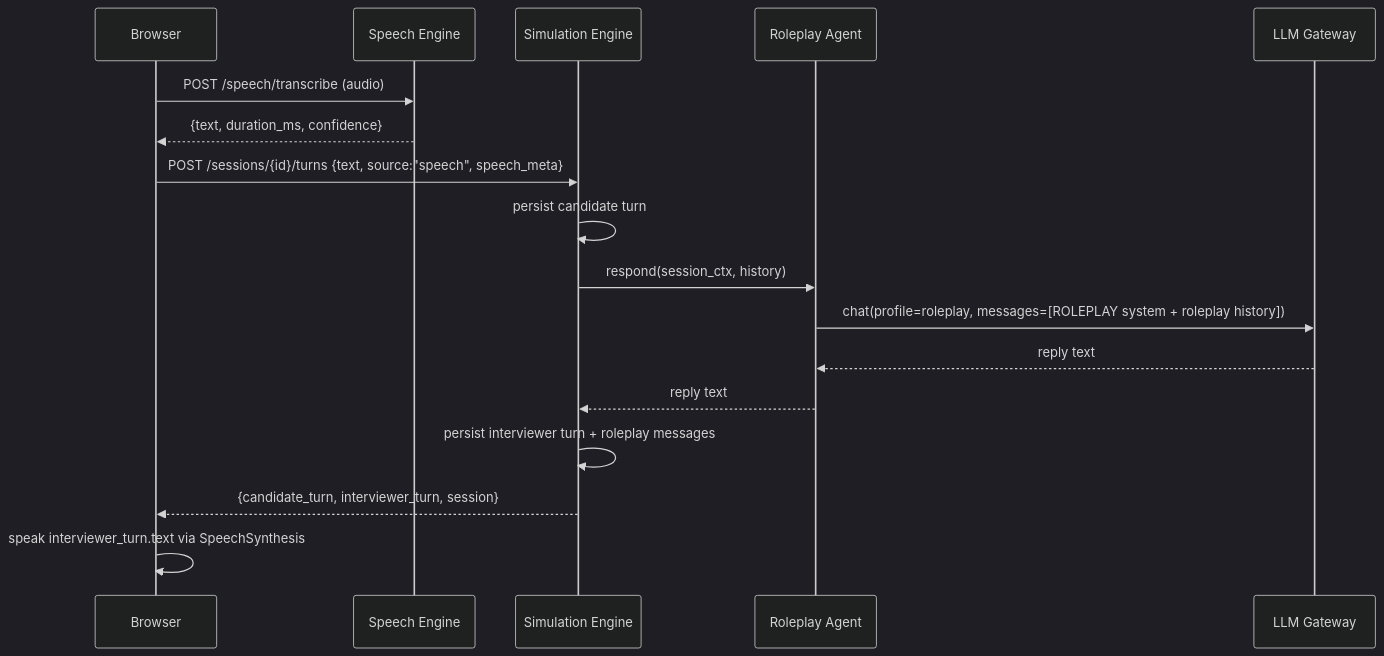
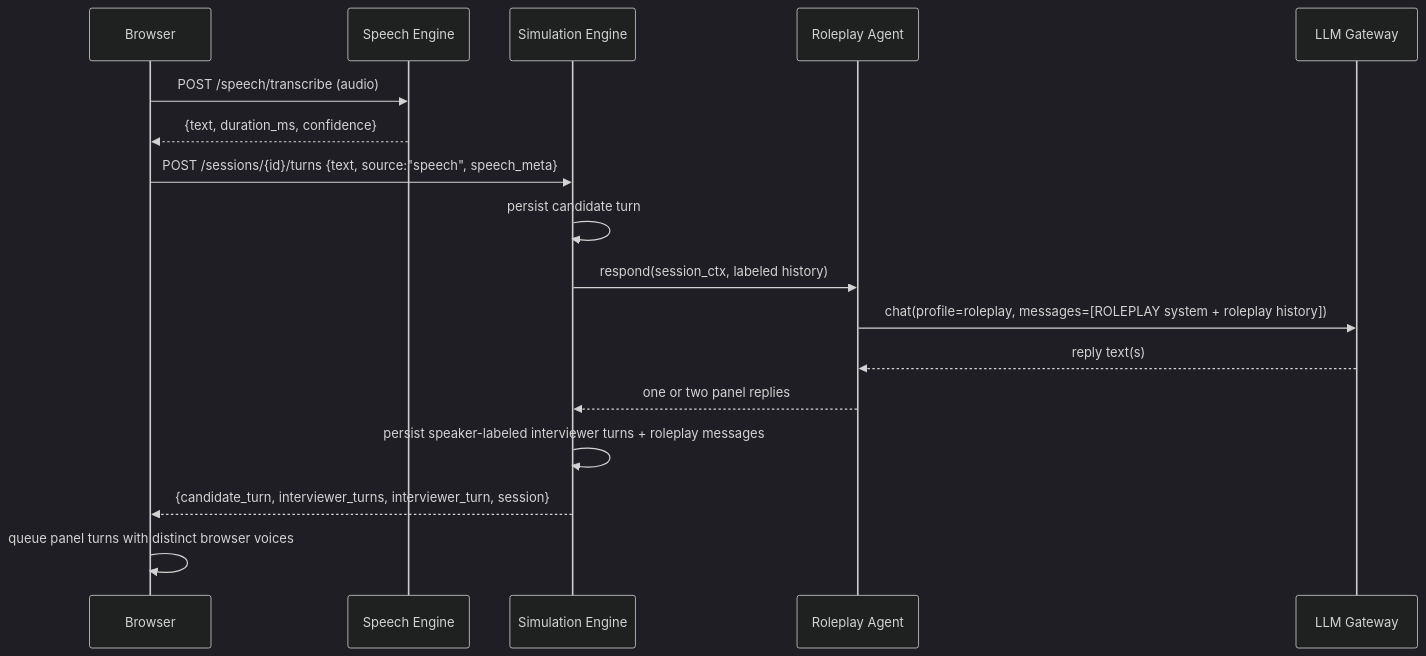
Before and after one commit to PrachtlibeN/nene: the second of 4 diagrams in docs/architecture/system-architecture.md, drawn with Mermaid (dark theme). The commit also changed other lines of this file and 44 other files, not shown here.

````diff
--- a/docs/architecture/system-architecture.md
+++ b/docs/architecture/system-architecture.md
@@ -163,19 +165,19 @@
 ```mermaid
 sequenceDiagram
   participant U as Browser
   participant S as Speech Engine
   participant M as Simulation Engine
   participant R as Roleplay Agent
   participant L as LLM Gateway
   U->>S: POST /speech/transcribe (audio)
   S-->>U: {text, duration_ms, confidence}
   U->>M: POST /sessions/{id}/turns {text, source:"speech", speech_meta}
   M->>M: persist candidate turn
-  M->>R: respond(session_ctx, history)
+  M->>R: respond(session_ctx, labeled history)
   R->>L: chat(profile=roleplay, messages=[ROLEPLAY system + roleplay history])
-  L-->>R: reply text
-  R-->>M: reply text
-  M->>M: persist interviewer turn + roleplay messages
-  M-->>U: {candidate_turn, interviewer_turn, session}
-  U->>U: speak interviewer_turn.text via SpeechSynthesis
+  L-->>R: reply text(s)
+  R-->>M: one or two panel replies
+  M->>M: persist speaker-labeled interviewer turns + roleplay messages
+  M-->>U: {candidate_turn, interviewer_turns, interviewer_turn, session}
+  U->>U: queue panel turns with distinct browser voices
 ```
````
